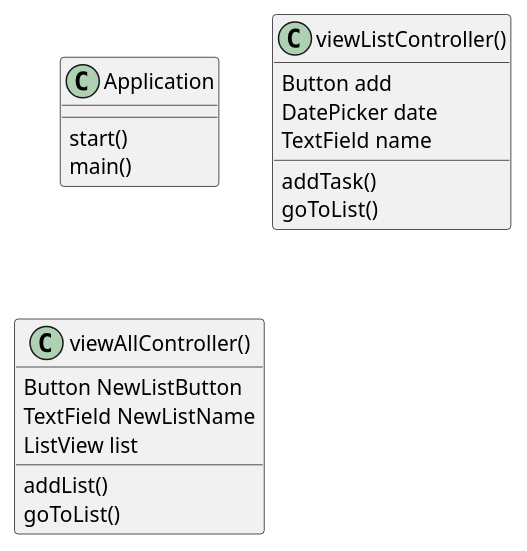
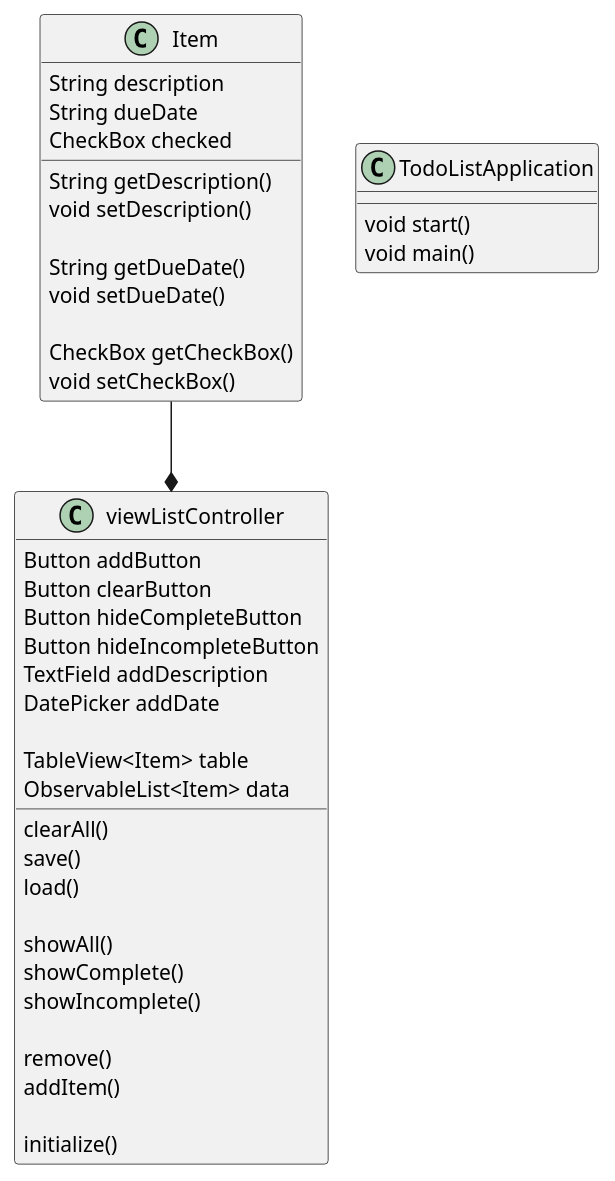
The diagram in Application1/docs/Classes.puml (QuinnGilbert/Gilbert-app1-design), drawn with PlantUML before and after one commit. The commit also changed 44 other files, not shown here.

```diff
--- a/Application1/docs/Classes.puml
+++ b/Application1/docs/Classes.puml
@@ -1,26 +1,50 @@
 @startuml
 
-class Application{
-    start()
-    main()
+Item--*viewListController
+
+class Item{
+    String description
+    String dueDate
+    CheckBox checked
+
+    String getDescription()
+    void setDescription()
+
+    String getDueDate()
+    void setDueDate()
+
+    CheckBox getCheckBox()
+    void setCheckBox()
 }
 
-class viewListController(){
-    Button add
-    DatePicker date
-    TextField name
-
-    addTask()
-    goToList()
+class TodoListApplication{
+    void start()
+    void main()
 }
 
-class viewAllController(){
-    Button NewListButton
-    TextField NewListName
-    ListView list
+class viewListController{
+    Button addButton
+    Button clearButton
+    Button hideCompleteButton
+    Button hideIncompleteButton
+    TextField addDescription
+    DatePicker addDate
 
-    addList()
-    goToList()
+    TableView<Item> table
+    ObservableList<Item> data
+
+    clearAll()
+    save()
+    load()
+
+    showAll()
+    showComplete()
+    showIncomplete()
+
+    remove()
+    addItem()
+
+    initialize()
 }
 
 @enduml
```
